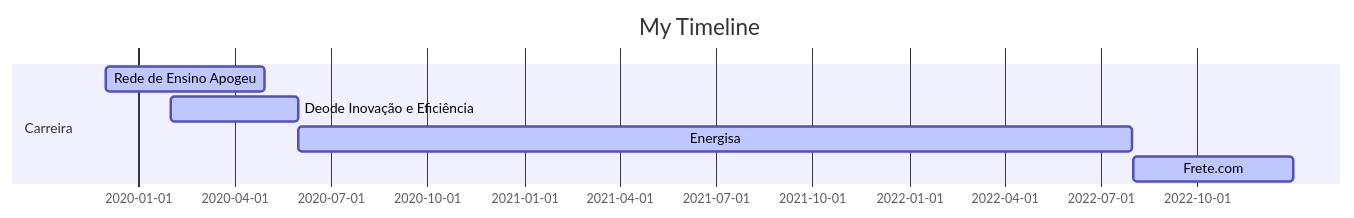
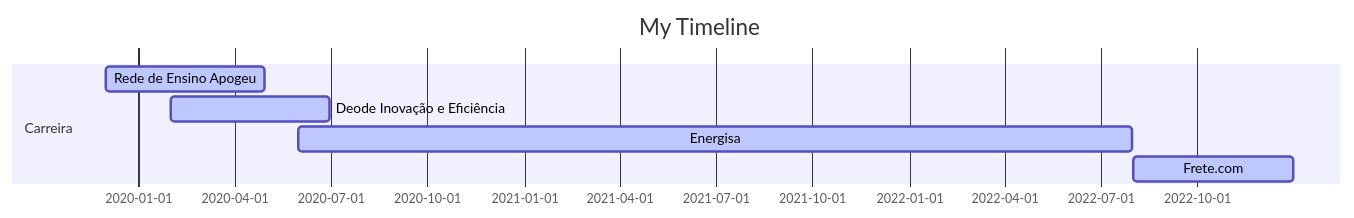
Before and after one commit to leticiagcsilva/leticiagcsilva: the diagram in README.md, drawn with Mermaid.

````diff
--- a/README.md
+++ b/README.md
@@ -5,13 +5,13 @@
 ```mermaid
 
 gantt
 dateFormat  YYYY-MM-DD
 title My Timeline
 
 section Carreira
 Rede de Ensino Apogeu           :active,, 2019-12-01,2020-04-30
-Deode Inovação e Eficiência         :active,, 2020-02-01,2020-06-01
+Deode Inovação e Eficiência         :active,, 2020-02-01,2020-06-30
 Energisa       :active,, 2020-06-01,2022-07-31
 Frete.com         :active,, 2022-08-01,2022-12-31
 
 ```
````
